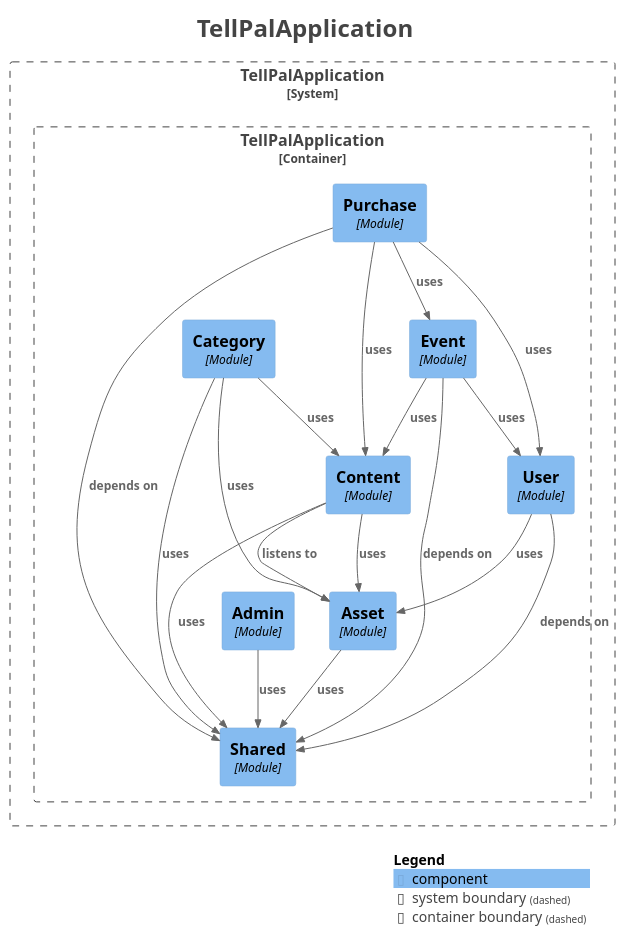
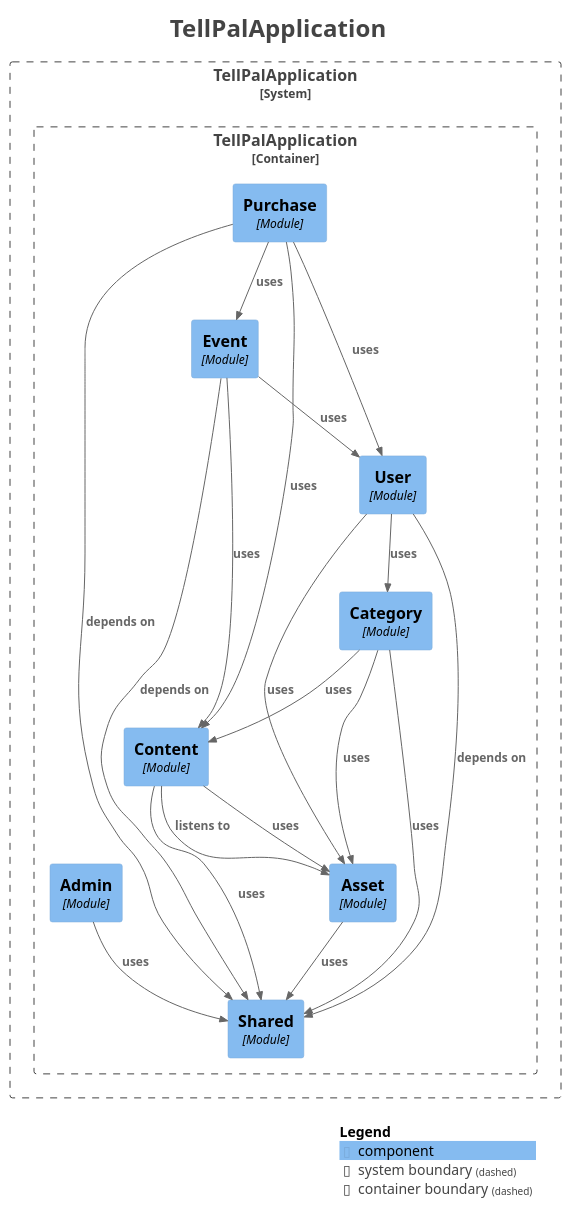
Before and after one commit to gurhann/tellpalv2: the diagram in be/docs/modulith/components.puml, drawn with PlantUML. The commit also changed 531 other files, not shown here.

```diff
--- a/be/docs/modulith/components.puml
+++ b/be/docs/modulith/components.puml
@@ -1,52 +1,53 @@
 @startuml
 title <size:24>TellPalApplication</size>
 
 set separator none
 top to bottom direction
 
 <style>
   root {
     BackgroundColor: #ffffff
     FontColor: #444444
   }
 </style>
 
 !include <C4/C4>
 !include <C4/C4_Context>
 !include <C4/C4_Component>
 
 System_Boundary("TellPalApplication_boundary", "TellPalApplication", $tags="") {
   Container_Boundary("TellPalApplication.TellPalApplication_boundary", "TellPalApplication", $tags="") {
     Component(TellPalApplication.TellPalApplication.Purchase, "Purchase", $techn="Module", $descr="", $tags="", $link="")
     Component(TellPalApplication.TellPalApplication.Shared, "Shared", $techn="Module", $descr="", $tags="", $link="")
     Component(TellPalApplication.TellPalApplication.Admin, "Admin", $techn="Module", $descr="", $tags="", $link="")
     Component(TellPalApplication.TellPalApplication.Asset, "Asset", $techn="Module", $descr="", $tags="", $link="")
     Component(TellPalApplication.TellPalApplication.Content, "Content", $techn="Module", $descr="", $tags="", $link="")
+    Component(TellPalApplication.TellPalApplication.Category, "Category", $techn="Module", $descr="", $tags="", $link="")
     Component(TellPalApplication.TellPalApplication.User, "User", $techn="Module", $descr="", $tags="", $link="")
-    Component(TellPalApplication.TellPalApplication.Category, "Category", $techn="Module", $descr="", $tags="", $link="")
     Component(TellPalApplication.TellPalApplication.Event, "Event", $techn="Module", $descr="", $tags="", $link="")
   }
 
 }
 
-Rel(TellPalApplication.TellPalApplication.Admin, TellPalApplication.TellPalApplication.Shared, "uses", $techn="", $tags="", $link="")
+Rel(TellPalApplication.TellPalApplication.Event, TellPalApplication.TellPalApplication.Shared, "depends on", $techn="", $tags="", $link="")
+Rel(TellPalApplication.TellPalApplication.Event, TellPalApplication.TellPalApplication.Content, "uses", $techn="", $tags="", $link="")
+Rel(TellPalApplication.TellPalApplication.Event, TellPalApplication.TellPalApplication.User, "uses", $techn="", $tags="", $link="")
 Rel(TellPalApplication.TellPalApplication.Content, TellPalApplication.TellPalApplication.Asset, "listens to", $techn="", $tags="", $link="")
 Rel(TellPalApplication.TellPalApplication.Content, TellPalApplication.TellPalApplication.Asset, "uses", $techn="", $tags="", $link="")
 Rel(TellPalApplication.TellPalApplication.Content, TellPalApplication.TellPalApplication.Shared, "uses", $techn="", $tags="", $link="")
-Rel(TellPalApplication.TellPalApplication.User, TellPalApplication.TellPalApplication.Shared, "depends on", $techn="", $tags="", $link="")
-Rel(TellPalApplication.TellPalApplication.User, TellPalApplication.TellPalApplication.Asset, "uses", $techn="", $tags="", $link="")
-Rel(TellPalApplication.TellPalApplication.Category, TellPalApplication.TellPalApplication.Content, "uses", $techn="", $tags="", $link="")
-Rel(TellPalApplication.TellPalApplication.Category, TellPalApplication.TellPalApplication.Asset, "uses", $techn="", $tags="", $link="")
-Rel(TellPalApplication.TellPalApplication.Category, TellPalApplication.TellPalApplication.Shared, "uses", $techn="", $tags="", $link="")
-Rel(TellPalApplication.TellPalApplication.Event, TellPalApplication.TellPalApplication.Shared, "depends on", $techn="", $tags="", $link="")
-Rel(TellPalApplication.TellPalApplication.Event, TellPalApplication.TellPalApplication.Content, "uses", $techn="", $tags="", $link="")
-Rel(TellPalApplication.TellPalApplication.Event, TellPalApplication.TellPalApplication.User, "uses", $techn="", $tags="", $link="")
 Rel(TellPalApplication.TellPalApplication.Asset, TellPalApplication.TellPalApplication.Shared, "uses", $techn="", $tags="", $link="")
 Rel(TellPalApplication.TellPalApplication.Purchase, TellPalApplication.TellPalApplication.Shared, "depends on", $techn="", $tags="", $link="")
 Rel(TellPalApplication.TellPalApplication.Purchase, TellPalApplication.TellPalApplication.Event, "uses", $techn="", $tags="", $link="")
 Rel(TellPalApplication.TellPalApplication.Purchase, TellPalApplication.TellPalApplication.User, "uses", $techn="", $tags="", $link="")
 Rel(TellPalApplication.TellPalApplication.Purchase, TellPalApplication.TellPalApplication.Content, "uses", $techn="", $tags="", $link="")
+Rel(TellPalApplication.TellPalApplication.Category, TellPalApplication.TellPalApplication.Content, "uses", $techn="", $tags="", $link="")
+Rel(TellPalApplication.TellPalApplication.Category, TellPalApplication.TellPalApplication.Asset, "uses", $techn="", $tags="", $link="")
+Rel(TellPalApplication.TellPalApplication.Category, TellPalApplication.TellPalApplication.Shared, "uses", $techn="", $tags="", $link="")
+Rel(TellPalApplication.TellPalApplication.Admin, TellPalApplication.TellPalApplication.Shared, "uses", $techn="", $tags="", $link="")
+Rel(TellPalApplication.TellPalApplication.User, TellPalApplication.TellPalApplication.Shared, "depends on", $techn="", $tags="", $link="")
+Rel(TellPalApplication.TellPalApplication.User, TellPalApplication.TellPalApplication.Category, "uses", $techn="", $tags="", $link="")
+Rel(TellPalApplication.TellPalApplication.User, TellPalApplication.TellPalApplication.Asset, "uses", $techn="", $tags="", $link="")
 
 SHOW_LEGEND(true)
 hide stereotypes
 @enduml
```
